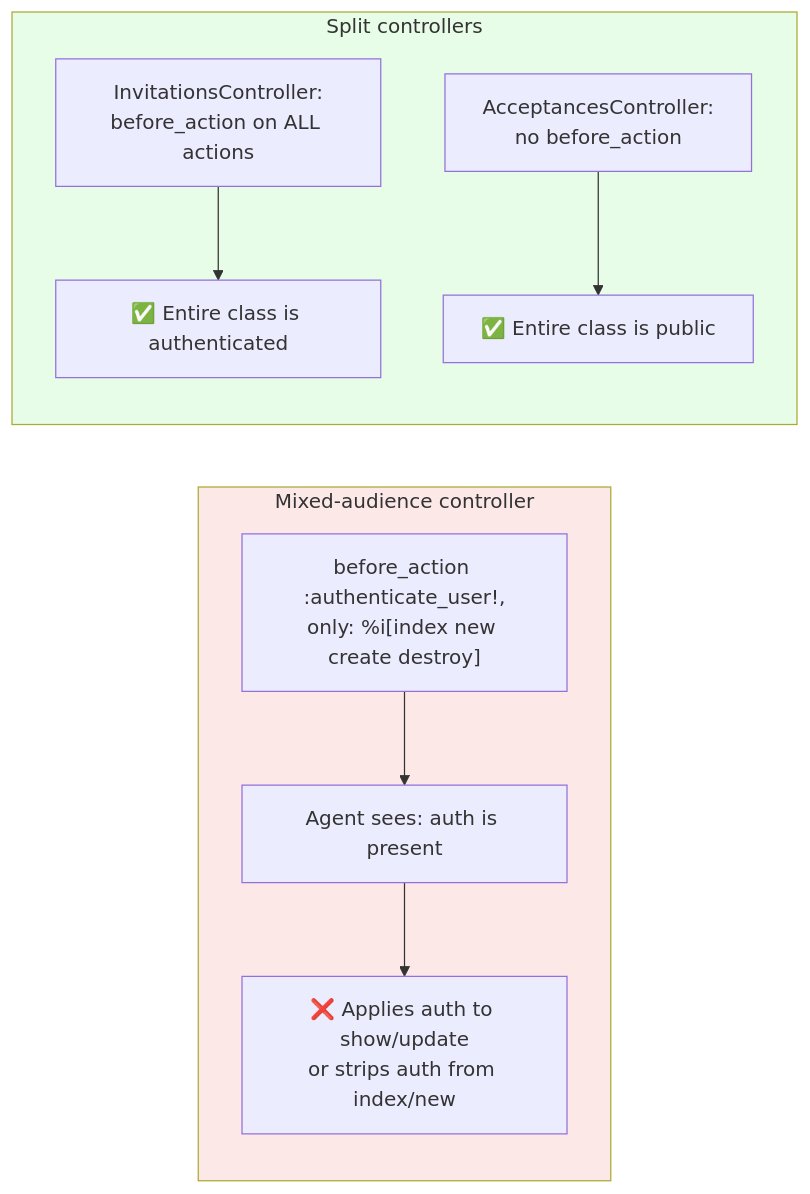
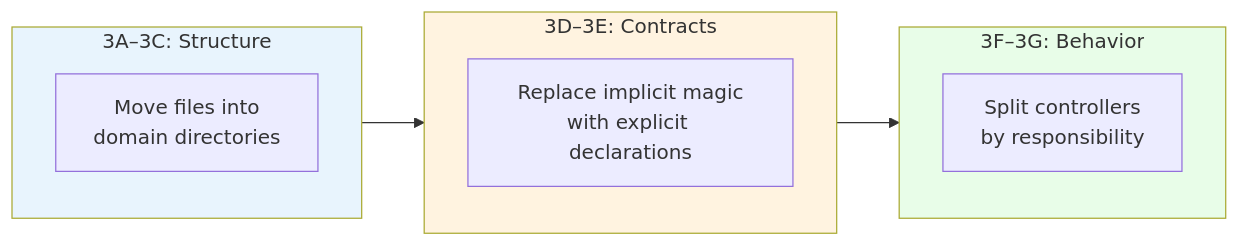
Before and after one commit to railswhey/app: the third of 3 diagrams in README.md, drawn with Mermaid. The commit also changed other lines of this file and 11 other files, not shown here.

````diff
--- a/README.md
+++ b/README.md
@@ -230,15 +180,18 @@
 ```mermaid
 flowchart LR
-  subgraph Trap["Mixed-audience controller"]
-    A["before_action :authenticate_user!,<br/>only: %i[index new create destroy]"] --> B["Agent sees: auth is present"]
-    B --> C["❌ Applies auth to show/update<br/>or strips auth from index/new"]
+  subgraph S["3A–3C: Structure"]
+    S1["Move files into<br/>domain directories"]
+  end
+  subgraph C["3D–3E: Contracts"]
+    C1["Replace implicit magic<br/>with explicit declarations"]
+  end
+  subgraph B["3F–3G: Behavior"]
+    B1["Split controllers<br/>by responsibility"]
   end
 
-  subgraph Safe["Split controllers"]
-    D["InvitationsController:<br/>before_action on ALL actions"] --> E["✅ Entire class is authenticated"]
-    F["AcceptancesController:<br/>no before_action"] --> G["✅ Entire class is public"]
-  end
+  S --> C --> B
 
-  style Trap fill:#fde8e8
-  style Safe fill:#e8fde8
+  style S fill:#e8f4fd
+  style C fill:#fff3e0
+  style B fill:#e8fde8
 ```
````
